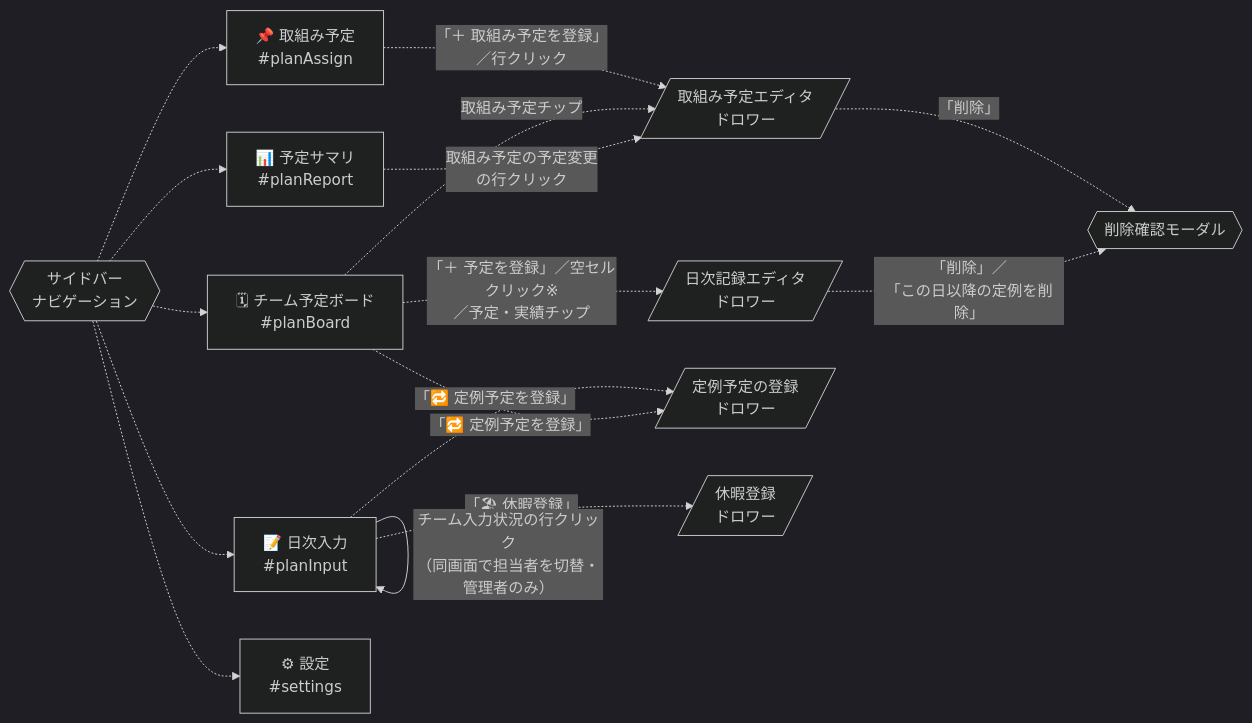
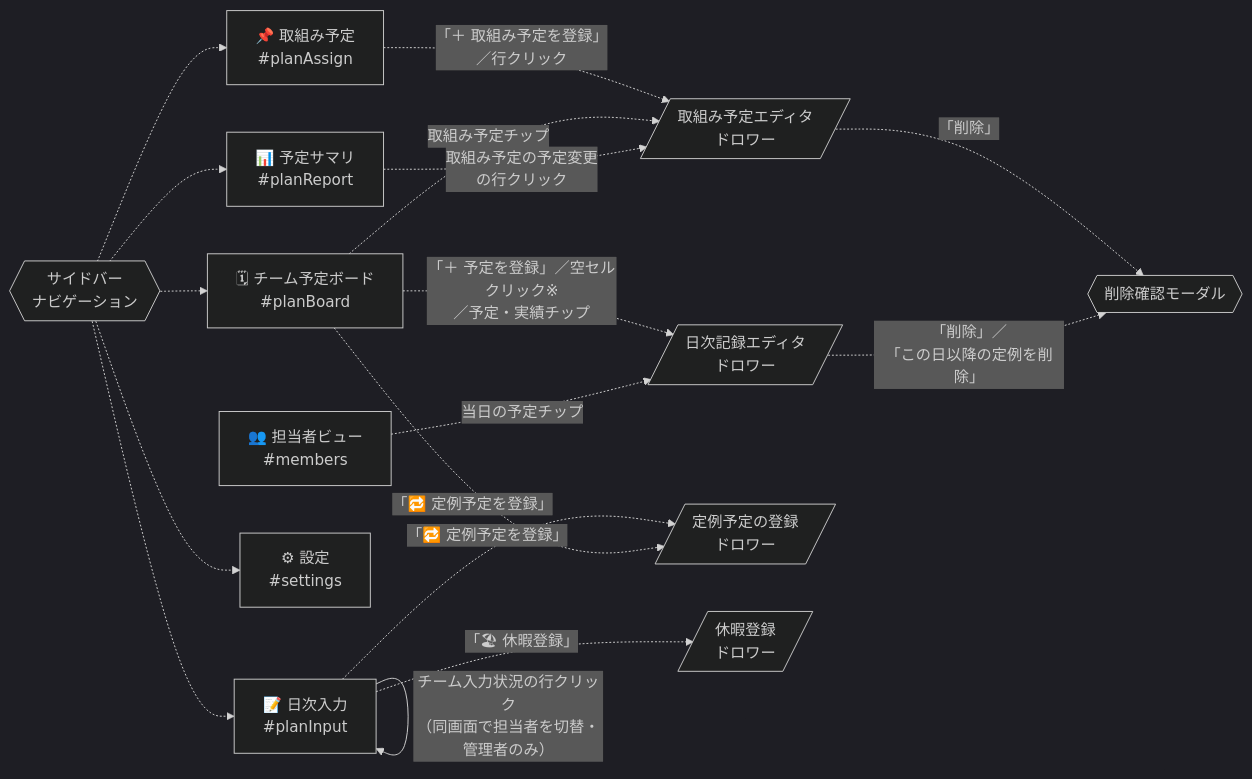
One commit to okSJ28/management-tool changed the fourth of 7 diagrams in docs/画面遷移図.md. Above: the diagram before and after it, drawn with Mermaid (dark theme). The commit also changed other lines of this file and 18 other files, not shown here.

````diff
--- a/docs/画面遷移図.md
+++ b/docs/画面遷移図.md
@@ -172,33 +172,35 @@
 ```mermaid
 flowchart LR
     ASSIGN["📌 取組み予定<br/>#planAssign"]
     INPUT["📝 日次入力<br/>#planInput"]
     BOARD["🗓 チーム予定ボード<br/>#planBoard"]
     REPORT["📊 予定サマリ<br/>#planReport"]
     SET["⚙ 設定<br/>#settings"]
 
     AEDIT[/"取組み予定エディタ<br/>ドロワー"/]
     PEDIT[/"日次記録エディタ<br/>ドロワー"/]
     REC[/"定例予定の登録<br/>ドロワー"/]
     LEAVE[/"休暇登録<br/>ドロワー"/]
     CONFIRM{{"削除確認モーダル"}}
 
     ASSIGN -.->|"「＋ 取組み予定を登録」<br/>／行クリック"| AEDIT
     BOARD -.->|"「＋ 予定を登録」／空セルクリック※<br/>／予定・実績チップ"| PEDIT
     BOARD -.->|"取組み予定チップ"| AEDIT
     REPORT -.->|"取組み予定の予定変更<br/>の行クリック"| AEDIT
+    MEMV["👥 担当者ビュー<br/>#members"]
+    MEMV -.->|"当日の予定チップ"| PEDIT
     AEDIT -.->|"「削除」"| CONFIRM
     PEDIT -.->|"「削除」／<br/>「この日以降の定例を削除」"| CONFIRM
     INPUT -.->|"「🔁 定例予定を登録」"| REC
     BOARD -.->|"「🔁 定例予定を登録」"| REC
     INPUT -.->|"「🏖 休暇登録」"| LEAVE
 
     INPUT -->|"チーム入力状況の行クリック<br/>（同画面で担当者を切替・管理者のみ）"| INPUT
 
     NAV{{"サイドバー<br/>ナビゲーション"}}
     NAV -.-> ASSIGN
     NAV -.-> INPUT
     NAV -.-> BOARD
     NAV -.-> REPORT
     NAV -.-> SET
 ```
````
